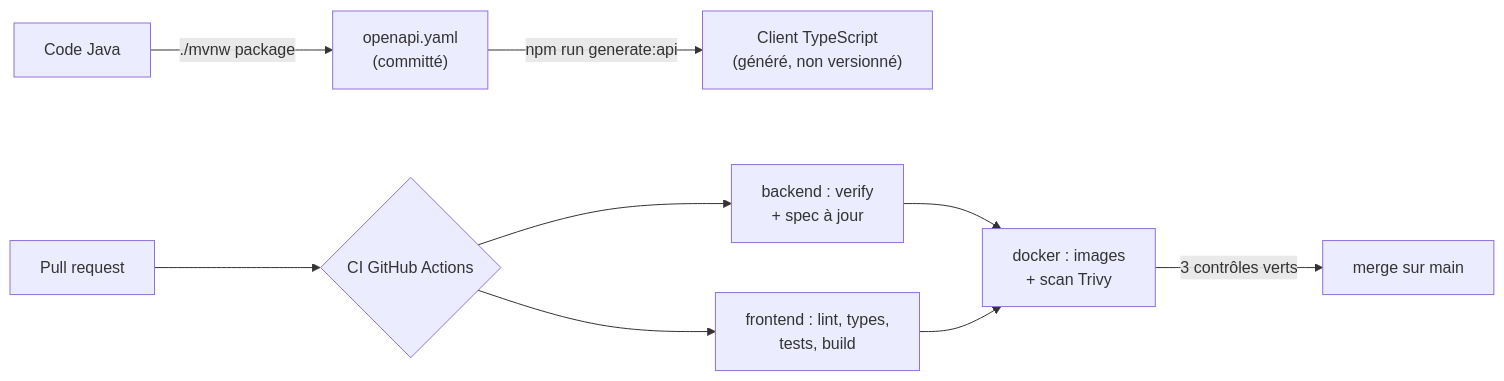
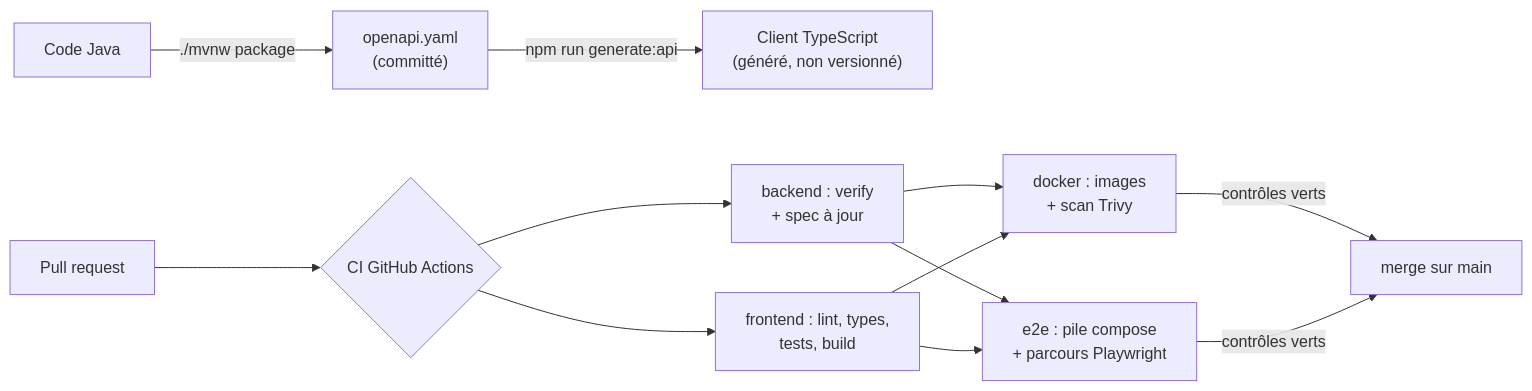
Before and after one commit to potichacha/recallio: the sixth of 6 diagrams in docs/architecture.md, drawn with Mermaid. The commit also changed other lines of this file and 17 other files, not shown here.

First line of the commit message:
test(e2e): Playwright journeys against the compose stack, phase 1 retrospective (#22)

````diff
--- a/docs/architecture.md
+++ b/docs/architecture.md
@@ -175,10 +175,11 @@
 ```mermaid
 flowchart LR
     code["Code Java"] -- "./mvnw package" --> spec["openapi.yaml<br/>(committé)"]
     spec -- "npm run generate:api" --> client["Client TypeScript<br/>(généré, non versionné)"]
     pr["Pull request"] --> ci{"CI GitHub Actions"}
     ci --> b["backend : verify<br/>+ spec à jour"]
     ci --> f["frontend : lint, types,<br/>tests, build"]
     b & f --> d["docker : images<br/>+ scan Trivy"]
-    d -- "3 contrôles verts" --> main["merge sur main"]
+    b & f --> e["e2e : pile compose<br/>+ parcours Playwright"]
+    d & e -- "contrôles verts" --> main["merge sur main"]
 ```
````
